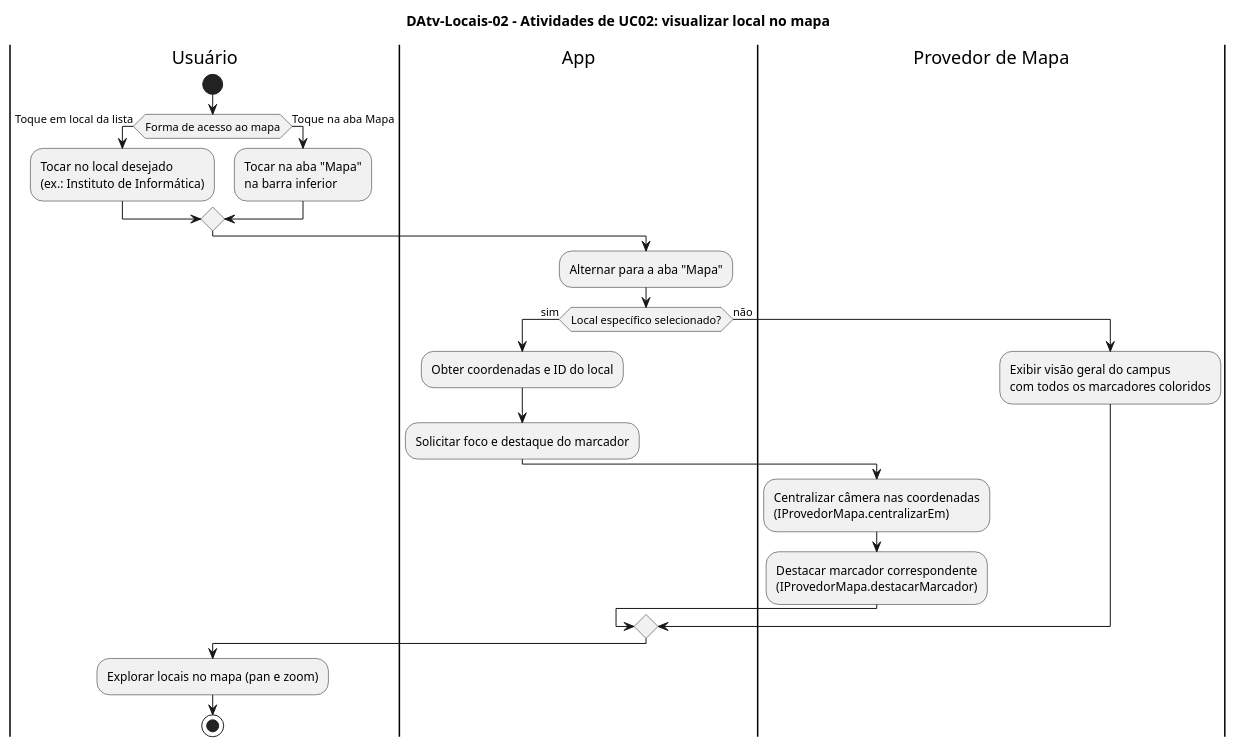
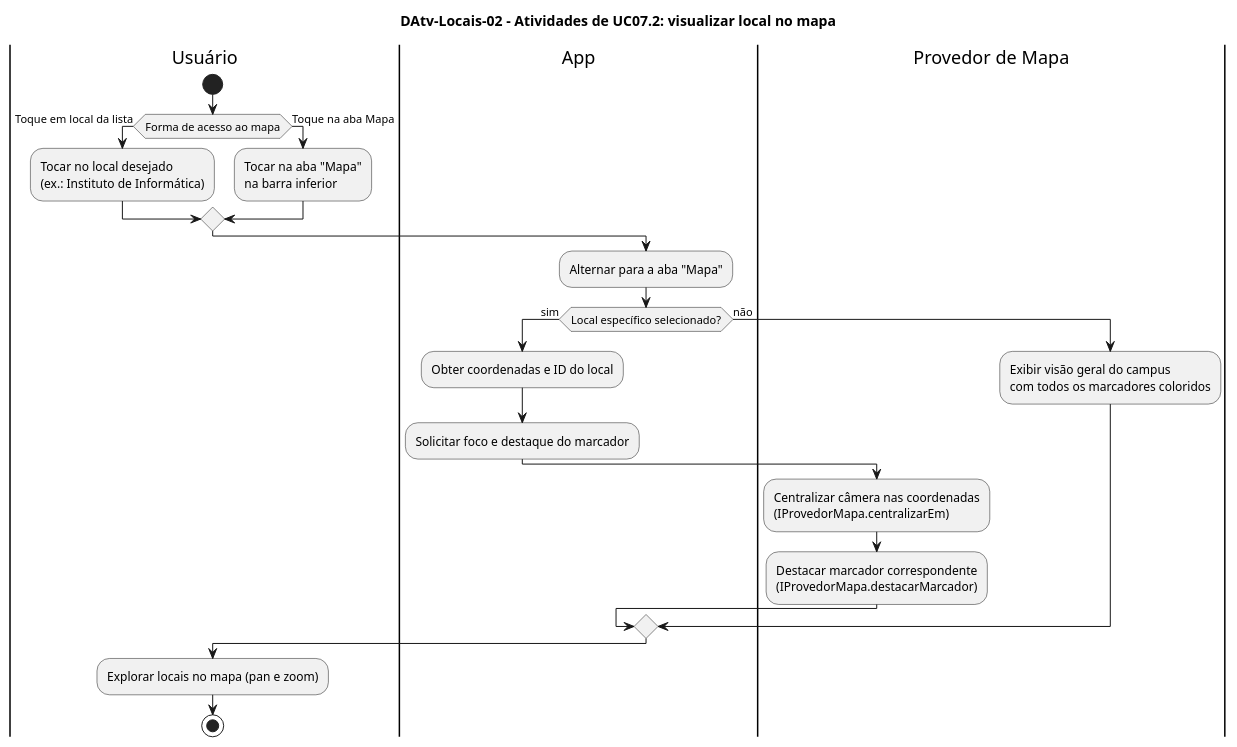
The diagram in Locais/DAtv-Locais-02.puml (joseduardogon/Minha_UFG_Grupo_Cinza), drawn with PlantUML before and after one commit. The commit also changed 30 other files, not shown here.

```diff
--- a/Locais/DAtv-Locais-02.puml
+++ b/Locais/DAtv-Locais-02.puml
@@ -1,28 +1,28 @@
 @startuml DAtv-Locais-02
-title DAtv-Locais-02 – Atividades de UC02: visualizar local no mapa
+title DAtv-Locais-02 – Atividades de UC07.2: visualizar local no mapa
 
 |Usuário|
 start
 if (Forma de acesso ao mapa) then (Toque em local da lista)
   :Tocar no local desejado\n(ex.: Instituto de Informática);
 else (Toque na aba Mapa)
   :Tocar na aba "Mapa"\nna barra inferior;
 endif
 
 |App|
 :Alternar para a aba "Mapa";
 if (Local específico selecionado?) then (sim)
   :Obter coordenadas e ID do local;
   :Solicitar foco e destaque do marcador;
   |Provedor de Mapa|
   :Centralizar câmera nas coordenadas\n(IProvedorMapa.centralizarEm);
   :Destacar marcador correspondente\n(IProvedorMapa.destacarMarcador);
 else (não)
   |Provedor de Mapa|
   :Exibir visão geral do campus\ncom todos os marcadores coloridos;
 endif
 
 |Usuário|
 :Explorar locais no mapa (pan e zoom);
 stop
 @enduml
```
